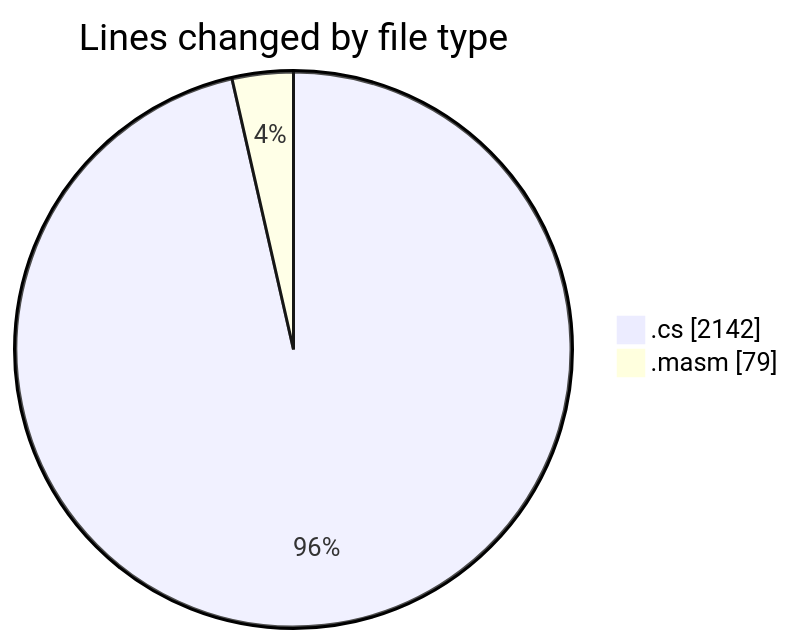
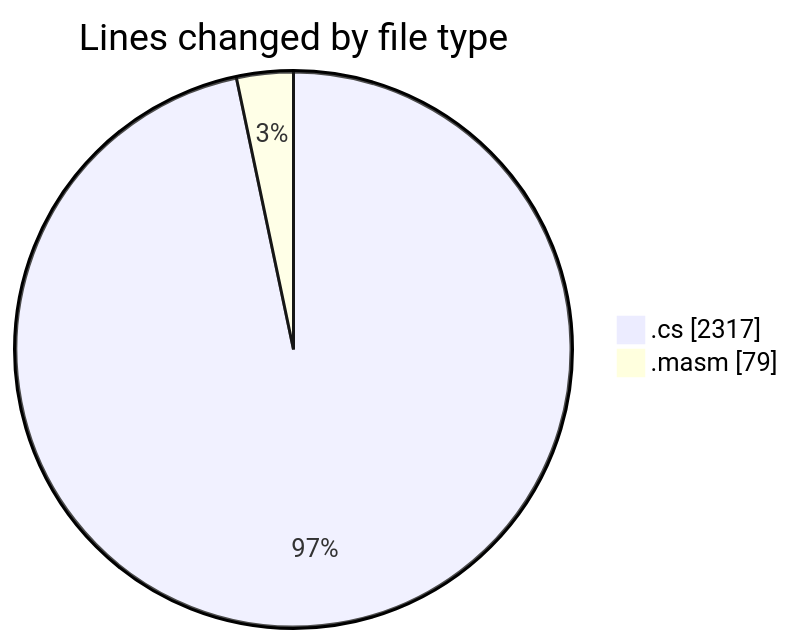
One commit to charlie-sans/code-tracking changed the first of 2 diagrams in 2025-03-17/sharpmasm/README.md. Above: the diagram before and after it, drawn with Mermaid. The commit also changed other lines of this file and 1 other file, not shown here.

````diff
--- a/2025-03-17/sharpmasm/README.md
+++ b/2025-03-17/sharpmasm/README.md
@@ -25,6 +26,6 @@
 ```mermaid
 pie showData
 title Lines changed by file type
-".cs" : 2142
+".cs" : 2317
 ".masm" : 79
 ```
````
